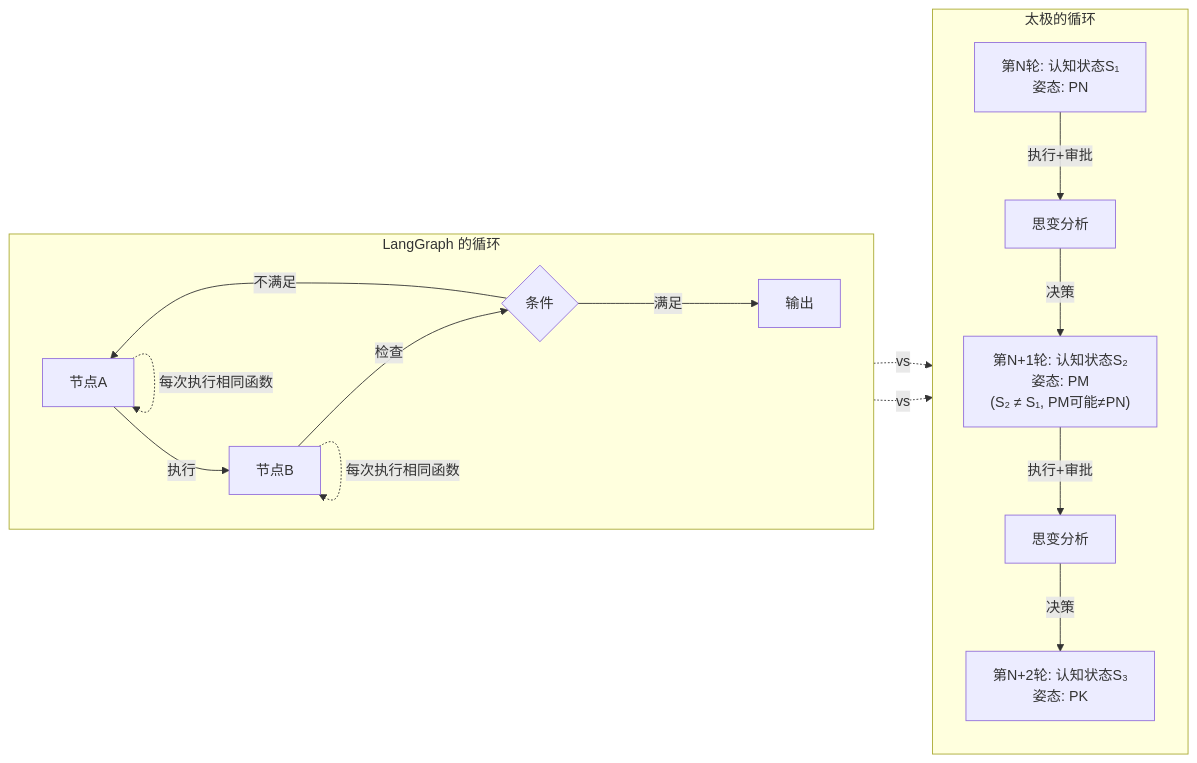
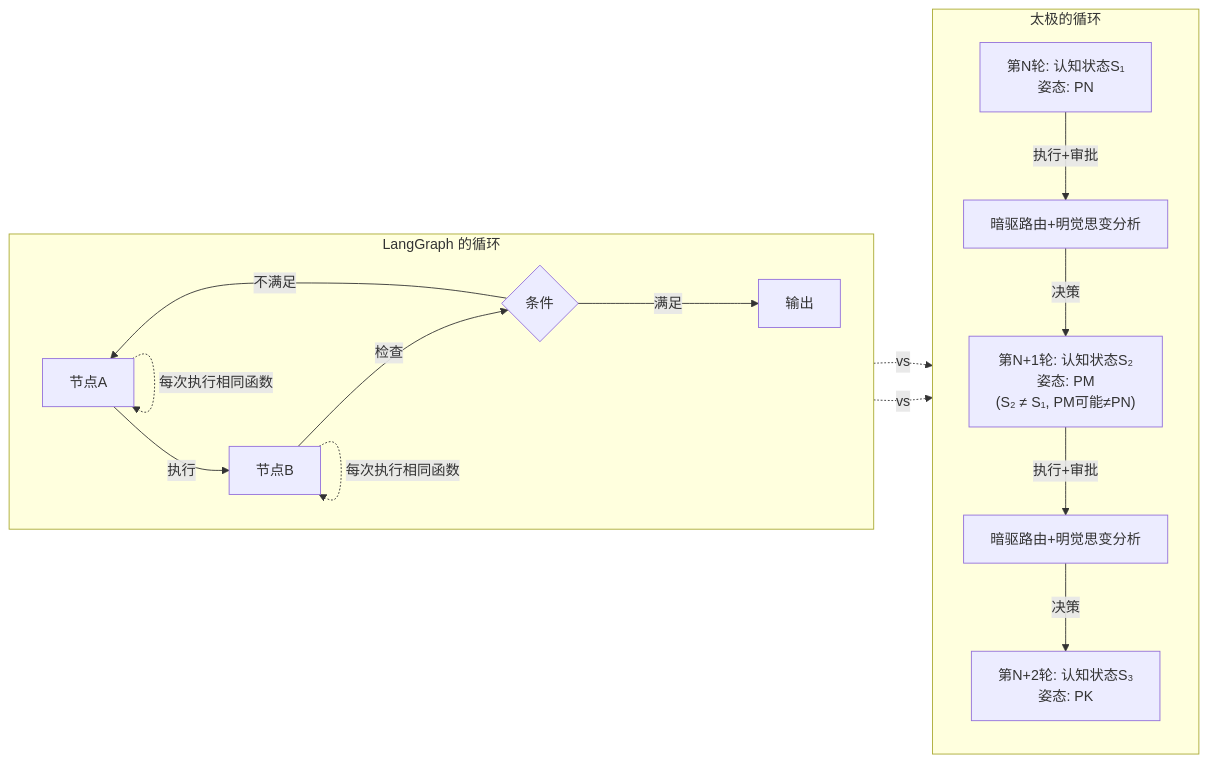
Before and after one commit to wenge6090-cell/Taiji: the sixth of 6 diagrams in docs/对比篇-10-太极-vs-LangGraph.md, drawn with Mermaid. The commit also changed other lines of this file and 163 other files, not shown here.

````diff
--- a/docs/对比篇-10-太极-vs-LangGraph.md
+++ b/docs/对比篇-10-太极-vs-LangGraph.md
@@ -387,24 +387,24 @@
 ```mermaid
 graph LR
     subgraph "LangGraph 的循环"
         direction LR
         L1[节点A] -->|执行| L2[节点B]
         L2 -->|检查| L3{条件}
         L3 -->|不满足| L1
         L3 -->|满足| L4[输出]
         
         L1 -.->|"每次执行相同函数"| L1
         L2 -.->|"每次执行相同函数"| L2
     end
     
     subgraph "太极的循环"
         direction TB
-        T1["第N轮: 认知状态S₁<br/>姿态: PN"] -->|执行+审批| T2[思变分析]
+        T1["第N轮: 认知状态S₁<br/>姿态: PN"] -->|执行+审批| T2[暗驱路由+明觉思变分析]
         T2 -->|决策| T3["第N+1轮: 认知状态S₂<br/>姿态: PM<br/>(S₂ ≠ S₁, PM可能≠PN)"]
-        T3 -->|执行+审批| T4[思变分析]
+        T3 -->|执行+审批| T4[暗驱路由+明觉思变分析]
         T4 -->|决策| T5["第N+2轮: 认知状态S₃<br/>姿态: PK"]
     end
     
     L1 -.->|"vs"| T1
     L2 -.->|"vs"| T3
 ```
````
